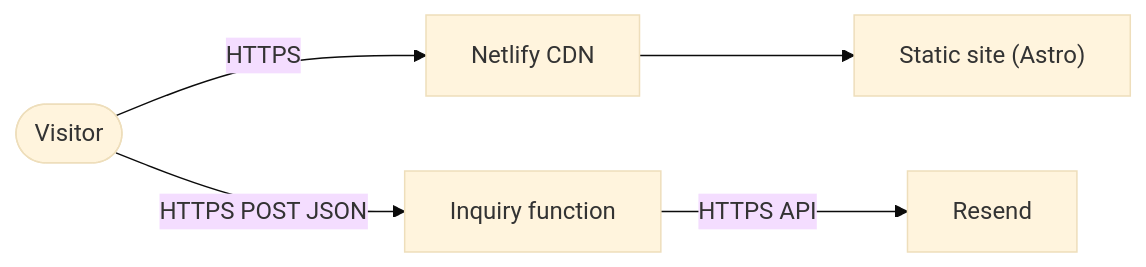
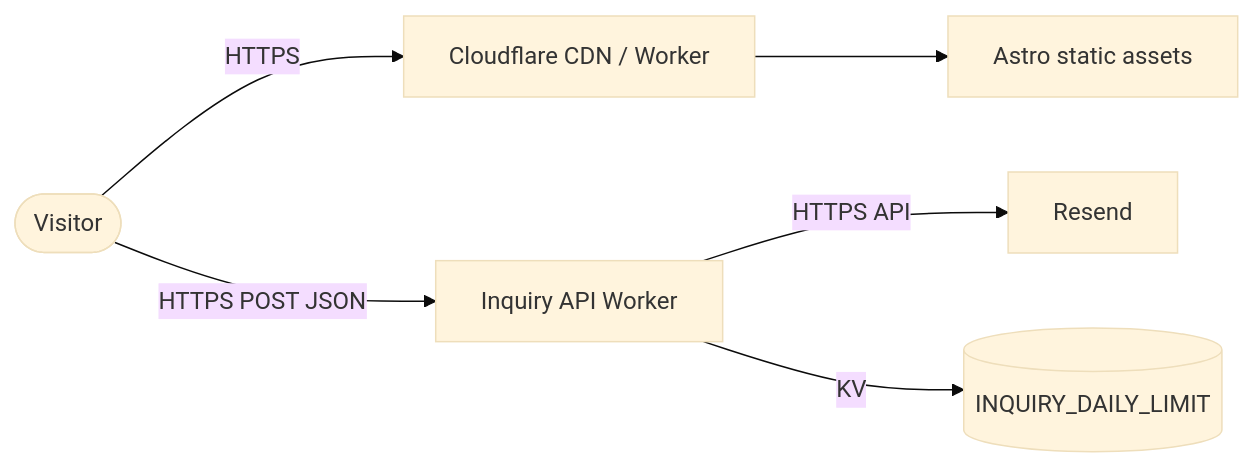
One commit to ddsofttech/oceanflows changed the second of 2 diagrams in docs/SYSTEM-ARCHITECTURE.md. Above: the diagram before and after it, drawn with Mermaid (base theme). The commit also changed other lines of this file and 8 other files, not shown here.

````diff
--- a/docs/SYSTEM-ARCHITECTURE.md
+++ b/docs/SYSTEM-ARCHITECTURE.md
@@ -32,7 +34,8 @@
 ```mermaid
 flowchart LR
-  visitor(["Visitor"]) -->|HTTPS| cdn["Netlify CDN"]
-  cdn --> static["Static site (Astro)"]
-  visitor -->|HTTPS POST JSON| fn["Inquiry function"]
-  fn -->|HTTPS API| resend["Resend"]
+  visitor(["Visitor"]) -->|HTTPS| cdn["Cloudflare CDN / Worker"]
+  cdn --> static["Astro static assets"]
+  visitor -->|HTTPS POST JSON| api["Inquiry API Worker"]
+  api -->|HTTPS API| resend["Resend"]
+  api -->|KV| kv[("INQUIRY_DAILY_LIMIT")]
 ```
````
